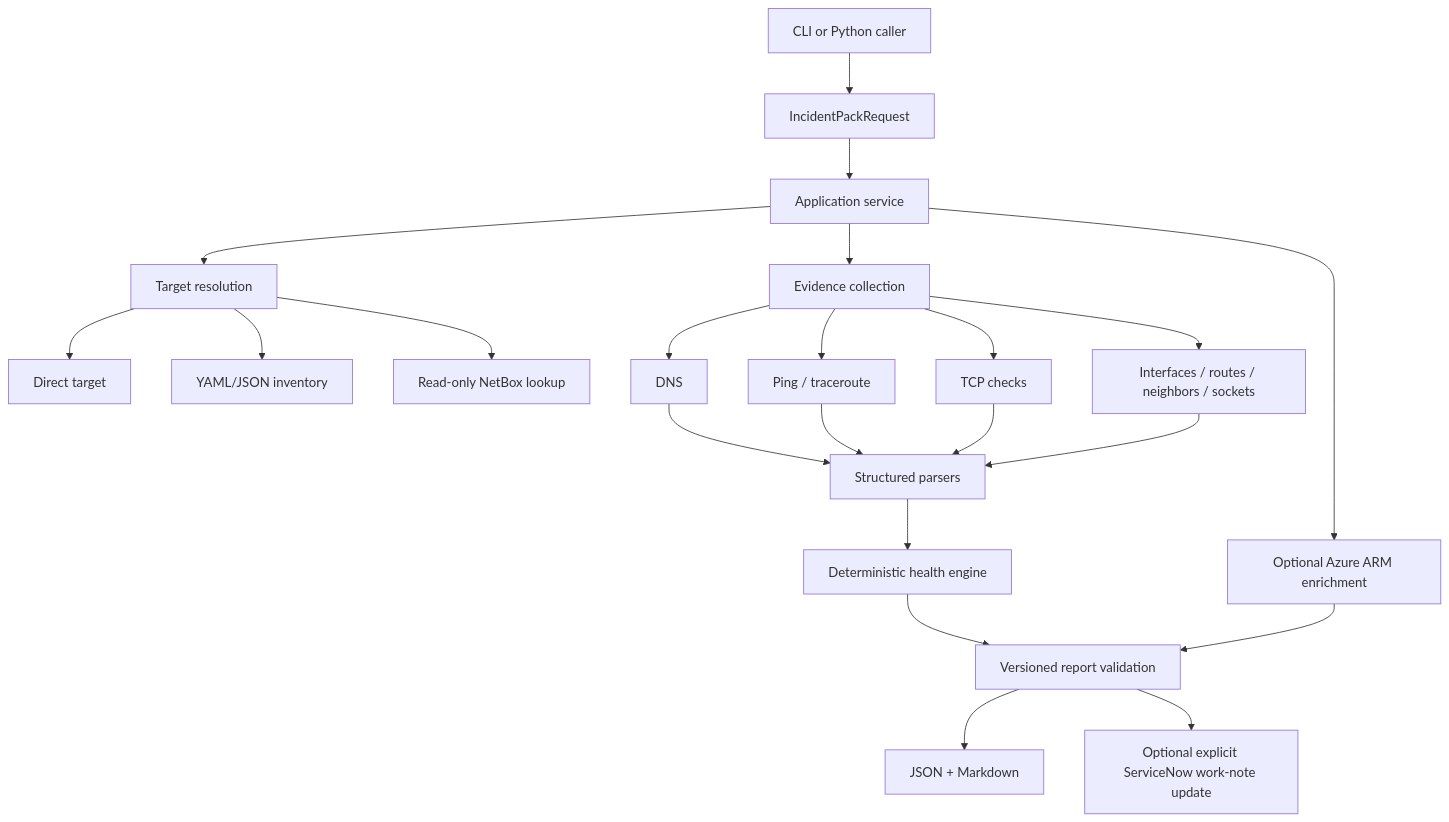
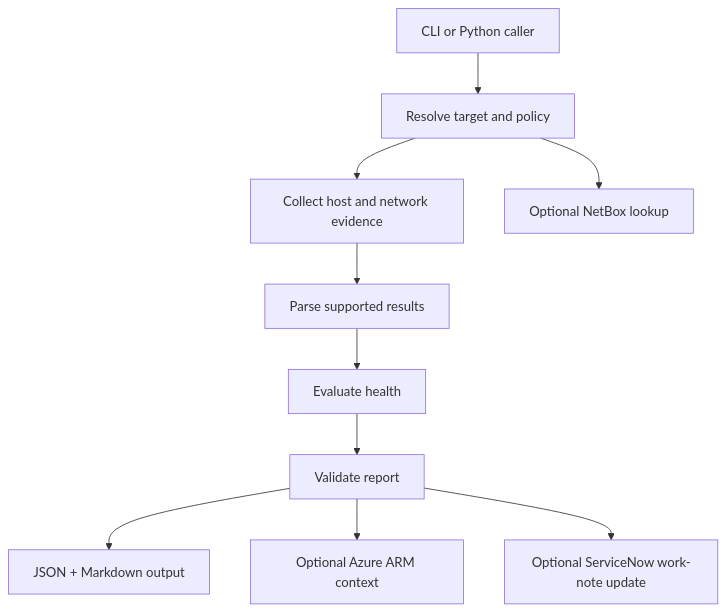
One commit to JNHolman/network-incident-pack changed the diagram in docs/ARCHITECTURE.md. Above: the diagram before and after it, drawn with Mermaid. The commit also changed other lines of this file, not shown here.

Commit message:
Combine architecture and engineering decisions

````diff
--- a/docs/ARCHITECTURE.md
+++ b/docs/ARCHITECTURE.md
@@ -5,24 +7,12 @@
 ```mermaid
 flowchart TD
-    A[CLI or Python caller] --> B[IncidentPackRequest]
-    B --> C[Application service]
-    C --> D[Target resolution]
-    D --> D1[Direct target]
-    D --> D2[YAML/JSON inventory]
-    D --> D3[Read-only NetBox lookup]
-    C --> D4[Optional Azure ARM enrichment]
-    C --> E[Evidence collection]
-    E --> E1[DNS]
-    E --> E2[Ping / traceroute]
-    E --> E3[TCP checks]
-    E --> E4[Interfaces / routes / neighbors / sockets]
-    E1 --> F[Structured parsers]
-    E2 --> F
-    E3 --> F
-    E4 --> F
-    F --> G[Deterministic health engine]
-    G --> H[Versioned report validation]
-    H --> I[JSON + Markdown]
-    H --> J[Optional explicit ServiceNow work-note update]
-    D4 --> H
+    A[CLI or Python caller] --> B[Resolve target and policy]
+    B --> C[Collect host and network evidence]
+    C --> D[Parse supported results]
+    D --> E[Evaluate health]
+    E --> F[Validate report]
+    F --> G[JSON + Markdown output]
+    B --> H[Optional NetBox lookup]
+    F --> I[Optional Azure ARM context]
+    F --> J[Optional ServiceNow work-note update]
 ```
````
